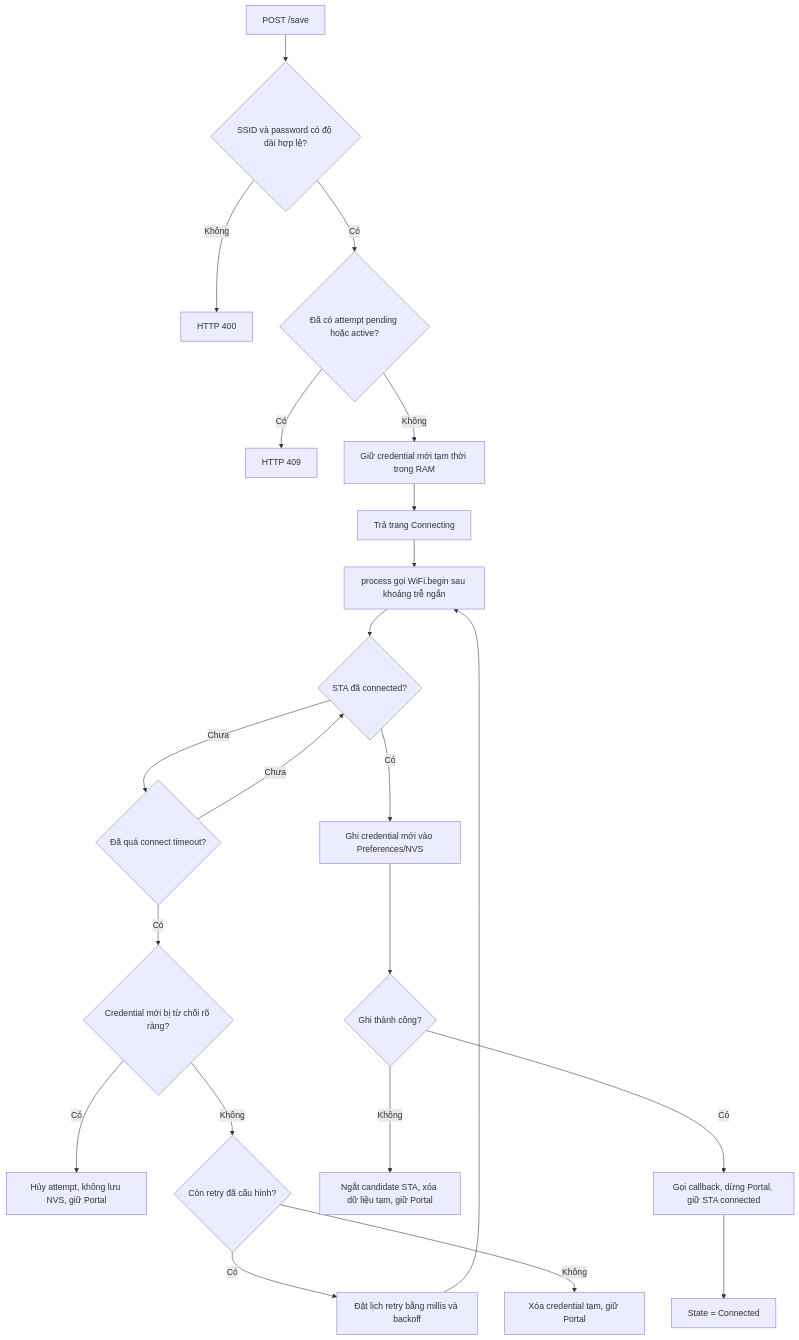
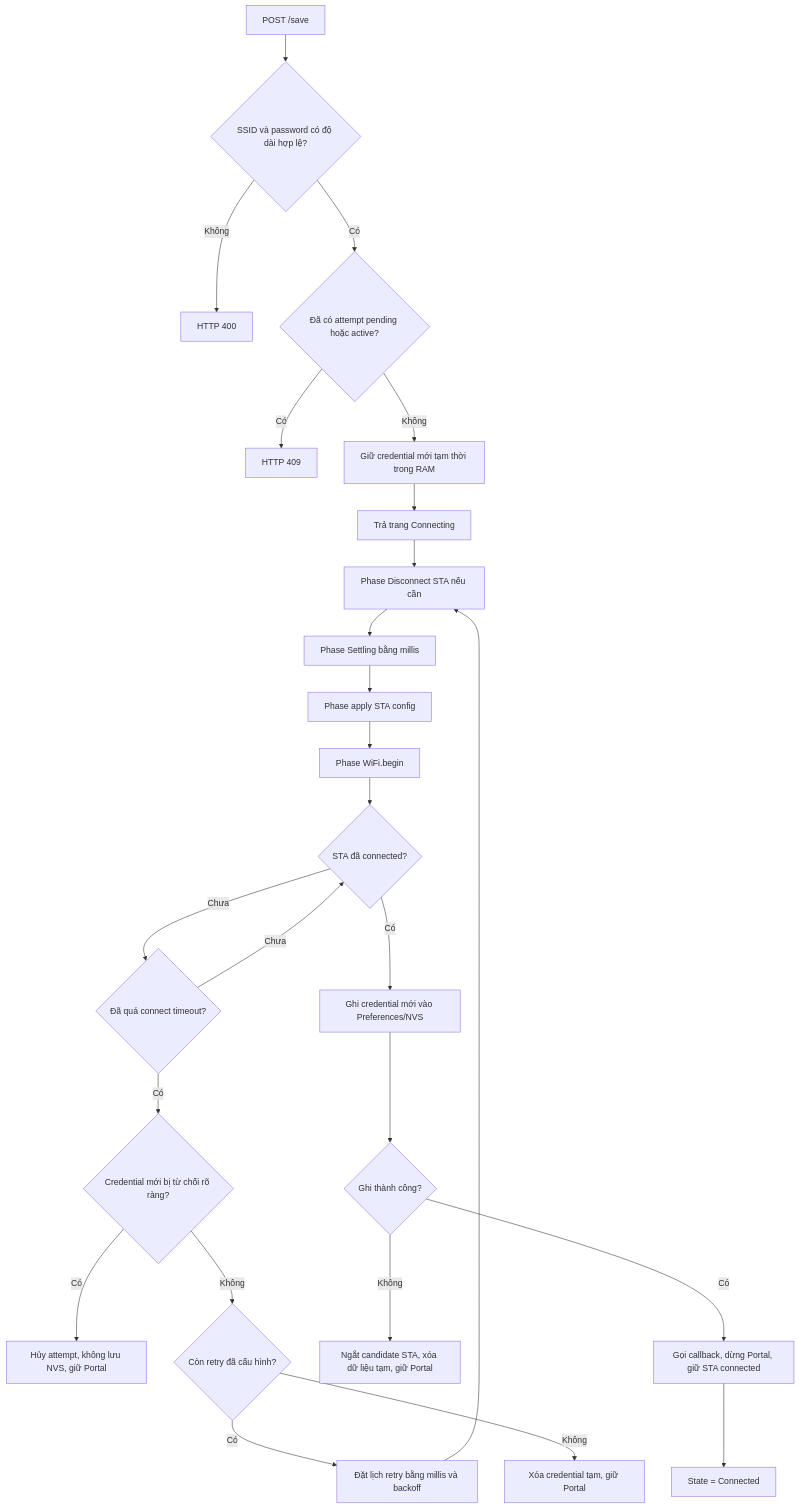
The fifth of 8 diagrams in docs/FlowChart.md (NguyenHien-8/ESP32WiFiPortal), drawn with Mermaid before and after one commit. The commit also changed other lines of this file and 6 other files, not shown here.

````diff
--- a/docs/FlowChart.md
+++ b/docs/FlowChart.md
@@ -79,24 +101,27 @@
 ```mermaid
 flowchart TD
     A[POST /save] --> B{SSID và password có độ dài hợp lệ?}
     B -- Không --> C[HTTP 400]
     B -- Có --> D{Đã có attempt pending hoặc active?}
     D -- Có --> E[HTTP 409]
     D -- Không --> F[Giữ credential mới tạm thời trong RAM]
     F --> G[Trả trang Connecting]
-    G --> H[process gọi WiFi.begin sau khoảng trễ ngắn]
-    H --> I{STA đã connected?}
+    G --> H[Phase Disconnect STA nếu cần]
+    H --> U[Phase Settling bằng millis]
+    U --> V[Phase apply STA config]
+    V --> W[Phase WiFi.begin]
+    W --> I{STA đã connected?}
     I -- Chưa --> J{Đã quá connect timeout?}
     J -- Chưa --> I
     J -- Có --> K{Credential mới bị từ chối rõ ràng?}
     K -- Có --> L[Hủy attempt, không lưu NVS, giữ Portal]
     K -- Không --> R{Còn retry đã cấu hình?}
     R -- Có --> S[Đặt lịch retry bằng millis và backoff]
     S --> H
     R -- Không --> T[Xóa credential tạm, giữ Portal]
     I -- Có --> M[Ghi credential mới vào Preferences/NVS]
     M --> N{Ghi thành công?}
     N -- Không --> O[Ngắt candidate STA, xóa dữ liệu tạm, giữ Portal]
     N -- Có --> P[Gọi callback, dừng Portal, giữ STA connected]
     P --> Q[State = Connected]
 ```
````
